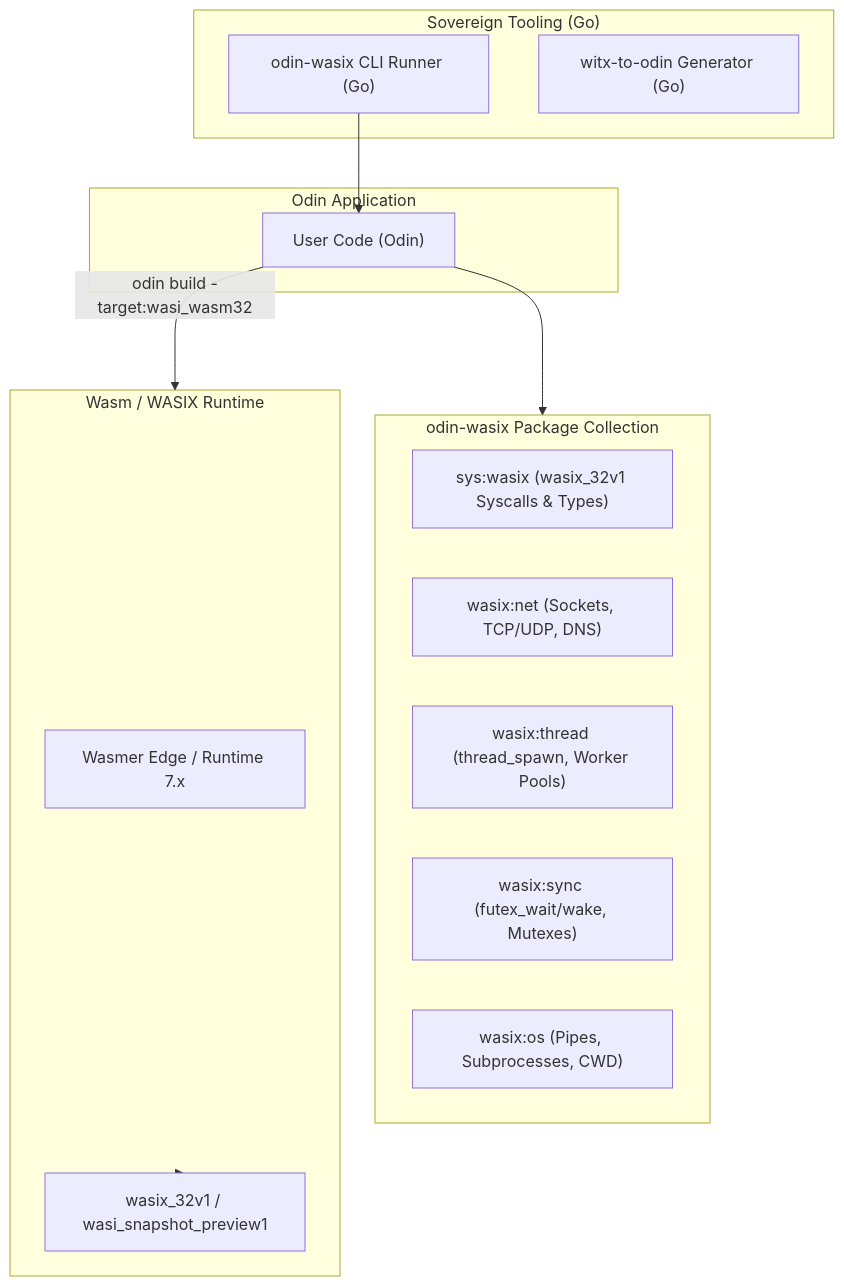
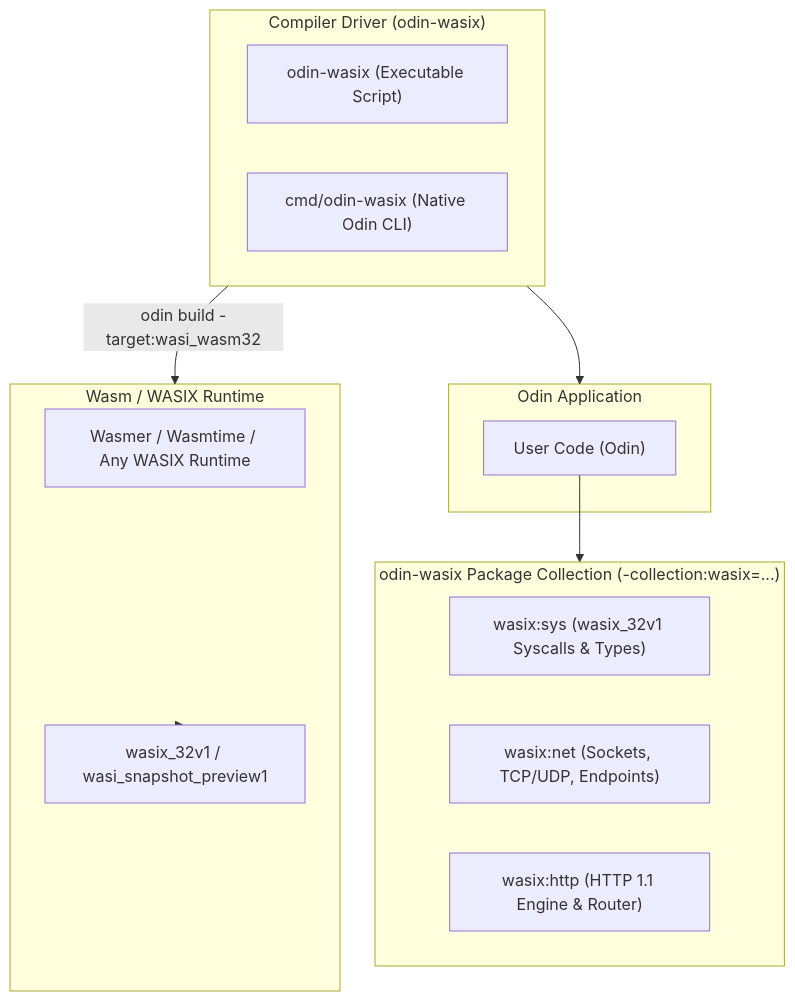
Before and after one commit to satyaprakashere/odin-wasix: the diagram in plans/wasix_odin_plan.md, drawn with Mermaid. The commit also changed other lines of this file and 9 other files, not shown here.

First line of the commit message:
refactor(odin-wasix): generalize compiler driver and remove Go tooling dependencies

````diff
--- a/plans/wasix_odin_plan.md
+++ b/plans/wasix_odin_plan.md
@@ -40,29 +37,27 @@
 ```mermaid
 flowchart TD
     subgraph OdinApp["Odin Application"]
         AppCode["User Code (Odin)"]
     end
 
-    subgraph OdinWasixLib["odin-wasix Package Collection"]
-        SysWasix["sys:wasix (wasix_32v1 Syscalls & Types)"]
-        NetWasix["wasix:net (Sockets, TCP/UDP, DNS)"]
-        ThreadWasix["wasix:thread (thread_spawn, Worker Pools)"]
-        SyncWasix["wasix:sync (futex_wait/wake, Mutexes)"]
-        OSWasix["wasix:os (Pipes, Subprocesses, CWD)"]
+    subgraph Tooling["Compiler Driver (odin-wasix)"]
+        BashDriver["odin-wasix (Executable Script)"]
+        OdinDriver["cmd/odin-wasix (Native Odin CLI)"]
     end
 
-    subgraph Tooling["Sovereign Tooling (Go)"]
-        CLI["odin-wasix CLI Runner (Go)"]
-        Gen["witx-to-odin Generator (Go)"]
+    subgraph OdinWasixLib["odin-wasix Package Collection (-collection:wasix=...)"]
+        SysWasix["wasix:sys (wasix_32v1 Syscalls & Types)"]
+        NetWasix["wasix:net (Sockets, TCP/UDP, Endpoints)"]
+        HTTPWasix["wasix:http (HTTP 1.1 Engine & Router)"]
     end
 
     subgraph Runtime["Wasm / WASIX Runtime"]
-        Wasmer["Wasmer Edge / Runtime 7.x"]
+        Wasmer["Wasmer / Wasmtime / Any WASIX Runtime"]
         WasixABI["wasix_32v1 / wasi_snapshot_preview1"]
     end
 
+    Tooling --> OdinApp
     AppCode --> OdinWasixLib
-    CLI --> AppCode
-    AppCode -- "odin build -target:wasi_wasm32" --> Runtime
+    Tooling -- "odin build -target:wasi_wasm32" --> Runtime
     Runtime --> WasixABI
 ```
````
